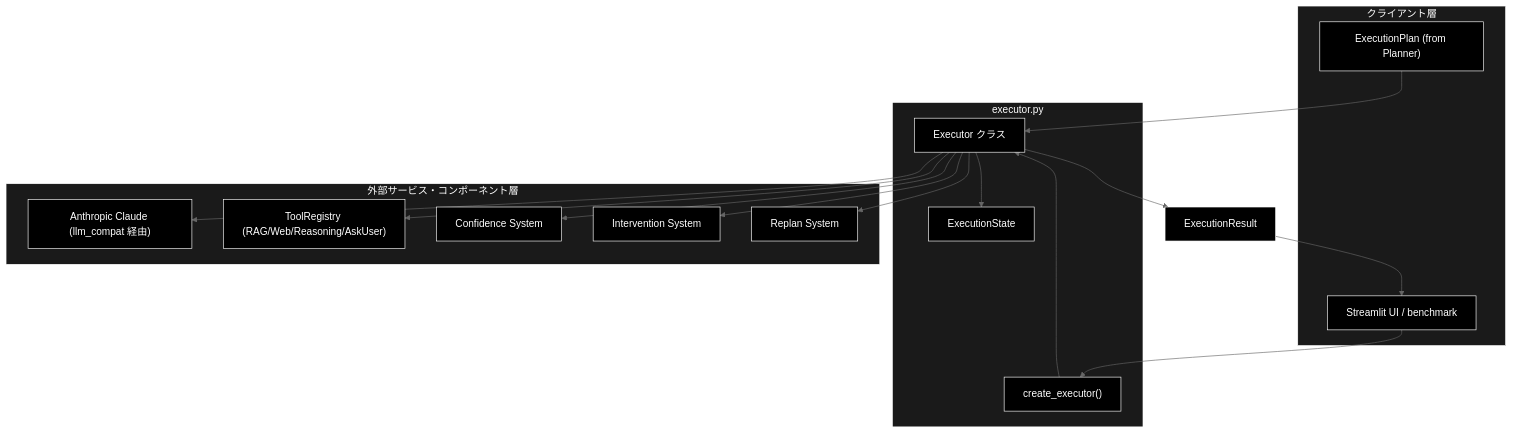
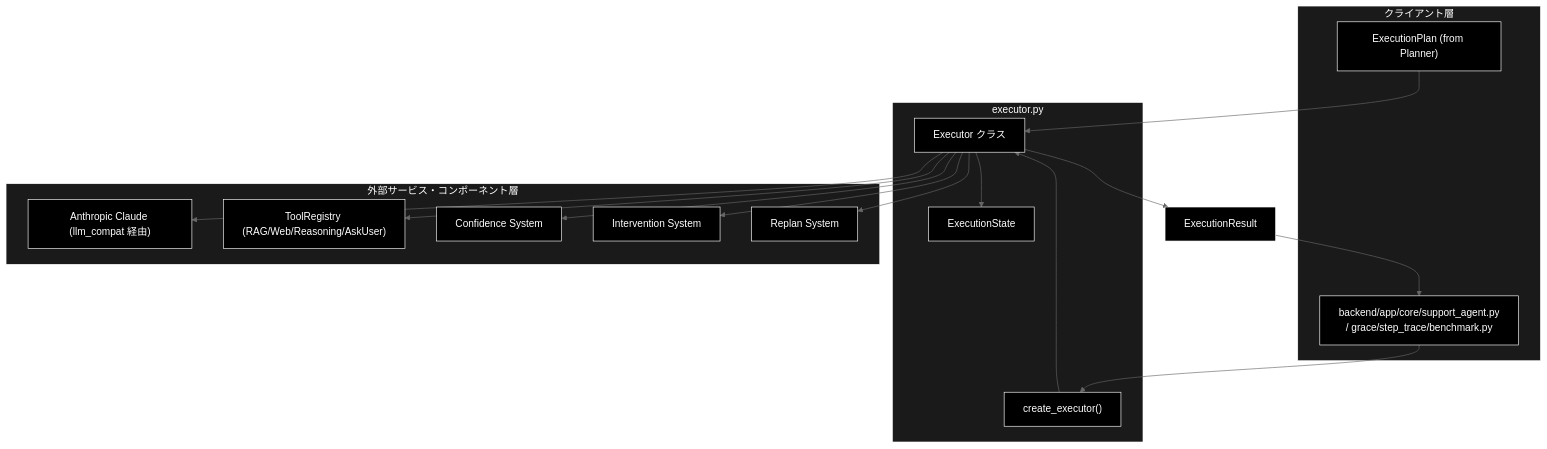
One commit to nakashima2toshio/grace_v2 changed the first of 5 diagrams in grace/docs/executor.md. Above: the diagram before and after it, drawn with Mermaid (neutral theme). The commit also changed other lines of this file and 12 other files, not shown here.

````diff
--- a/grace/docs/executor.md
+++ b/grace/docs/executor.md
@@ -120,39 +120,39 @@
 ```mermaid
 flowchart TB
     subgraph CLIENT["クライアント層"]
         PLAN["ExecutionPlan (from Planner)"]
-        UI["Streamlit UI / benchmark"]
+        UI["backend/app/core/support_agent.py<br>/ grace/step_trace/benchmark.py"]
     end
 
     subgraph MODULE["executor.py"]
         STATE["ExecutionState"]
         EXEC["Executor クラス"]
         FACTORY["create_executor()"]
     end
 
     subgraph EXTERNAL["外部サービス・コンポーネント層"]
         LLM["Anthropic Claude (llm_compat 経由)"]
         TOOLS["ToolRegistry (RAG/Web/Reasoning/AskUser)"]
         CONF["Confidence System"]
         INTV["Intervention System"]
         REPLAN["Replan System"]
     end
 
     PLAN --> EXEC
     UI --> FACTORY
     FACTORY --> EXEC
     EXEC --> STATE
     EXEC --> LLM
     EXEC --> TOOLS
     EXEC --> CONF
     EXEC --> INTV
     EXEC --> REPLAN
     EXEC --> RESULT["ExecutionResult"]
     RESULT --> UI
 classDef default fill:#000,stroke:#fff,color:#fff
 classDef subgraphStyle fill:#1a1a1a,stroke:#fff,color:#fff
 class PLAN,UI,STATE,EXEC,FACTORY,LLM,TOOLS,CONF,INTV,REPLAN,RESULT default
 style CLIENT fill:#1a1a1a,stroke:#fff,color:#fff
 style MODULE fill:#1a1a1a,stroke:#fff,color:#fff
 style EXTERNAL fill:#1a1a1a,stroke:#fff,color:#fff
 ```
````
